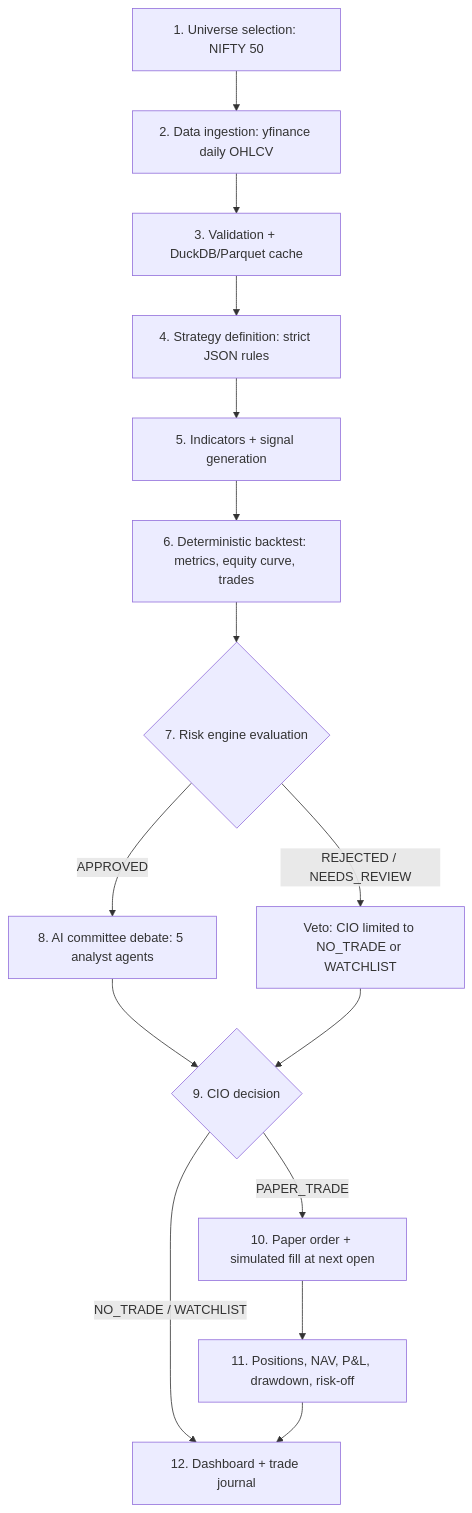
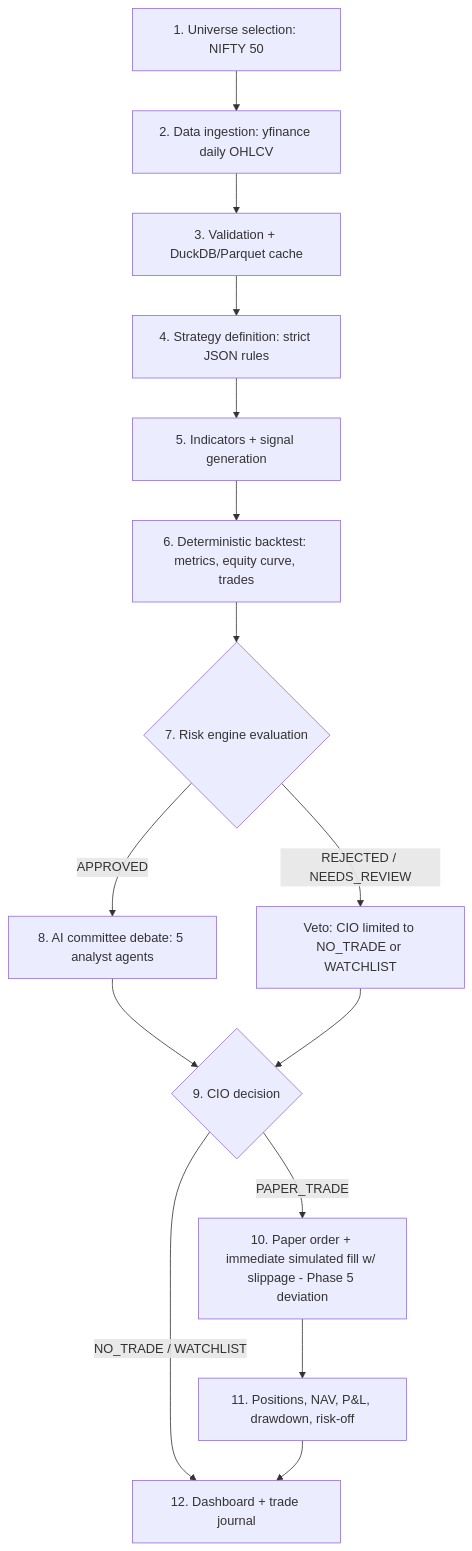
The diagram in docs/architecture.md (PurpleWizard07/QuantCouncil), drawn with Mermaid before and after one commit. The commit also changed other lines of this file and 23 other files, not shown here.

````diff
--- a/docs/architecture.md
+++ b/docs/architecture.md
@@ -97,17 +101,17 @@
 ```mermaid
 flowchart TD
     S1[1. Universe selection: NIFTY 50] --> S2[2. Data ingestion: yfinance daily OHLCV]
     S2 --> S3[3. Validation + DuckDB/Parquet cache]
     S3 --> S4[4. Strategy definition: strict JSON rules]
     S4 --> S5[5. Indicators + signal generation]
     S5 --> S6[6. Deterministic backtest: metrics, equity curve, trades]
     S6 --> S7{7. Risk engine evaluation}
     S7 -- REJECTED / NEEDS_REVIEW --> V[Veto: CIO limited to NO_TRADE or WATCHLIST]
     S7 -- APPROVED --> S8[8. AI committee debate: 5 analyst agents]
     S8 --> S9{9. CIO decision}
     V --> S9
-    S9 -- PAPER_TRADE --> S10[10. Paper order + simulated fill at next open]
+    S9 -- PAPER_TRADE --> S10[10. Paper order + immediate simulated fill w/ slippage - Phase 5 deviation]
     S9 -- NO_TRADE / WATCHLIST --> S12
     S10 --> S11[11. Positions, NAV, P&L, drawdown, risk-off]
     S11 --> S12[12. Dashboard + trade journal]
 ```
````
